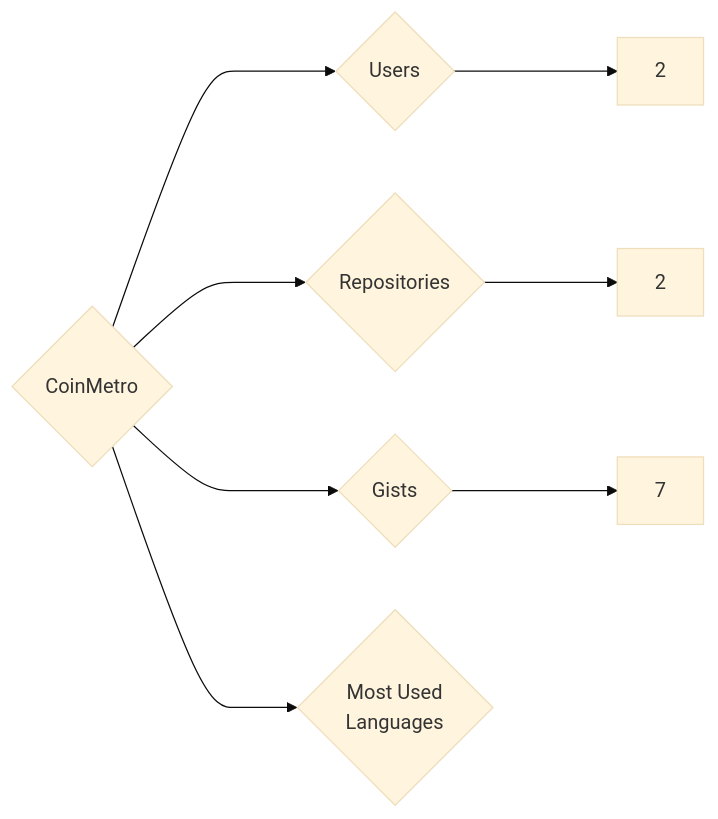
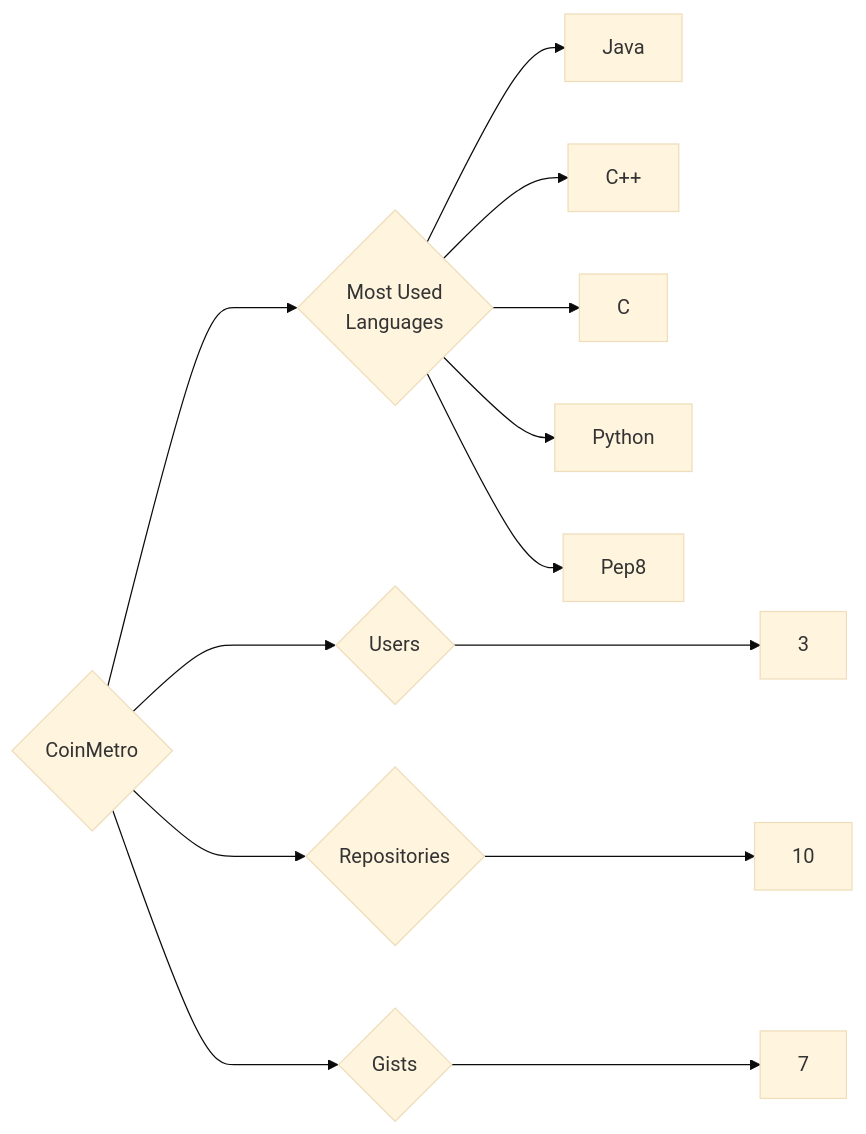
Before and after one commit to trickest/insiders: the diagram in targets/CoinMetro/README.md, drawn with Mermaid (base theme). The commit also changed 1123 other files, not shown here.

````diff
--- a/targets/CoinMetro/README.md
+++ b/targets/CoinMetro/README.md
@@ -3,8 +3,13 @@
 ```mermaid
 graph LR
 COMPANY_NAME{CoinMetro}
-COMPANY_NAME ---> U{Users} ---> UN[2]
-COMPANY_NAME ---> R{Repositories} ---> RN[2]
+COMPANY_NAME ---> U{Users} ---> UN[3]
+COMPANY_NAME ---> R{Repositories} ---> RN[10]
 COMPANY_NAME ---> G{Gists} ---> GN[7]
 COMPANY_NAME ---> ML{Most Used<br>Languages}
+ML --> Java[Java]
+ML --> C++[C++]
+ML --> C[C]
+ML --> Python[Python]
+ML --> Pep8[Pep8]
 ```
````
